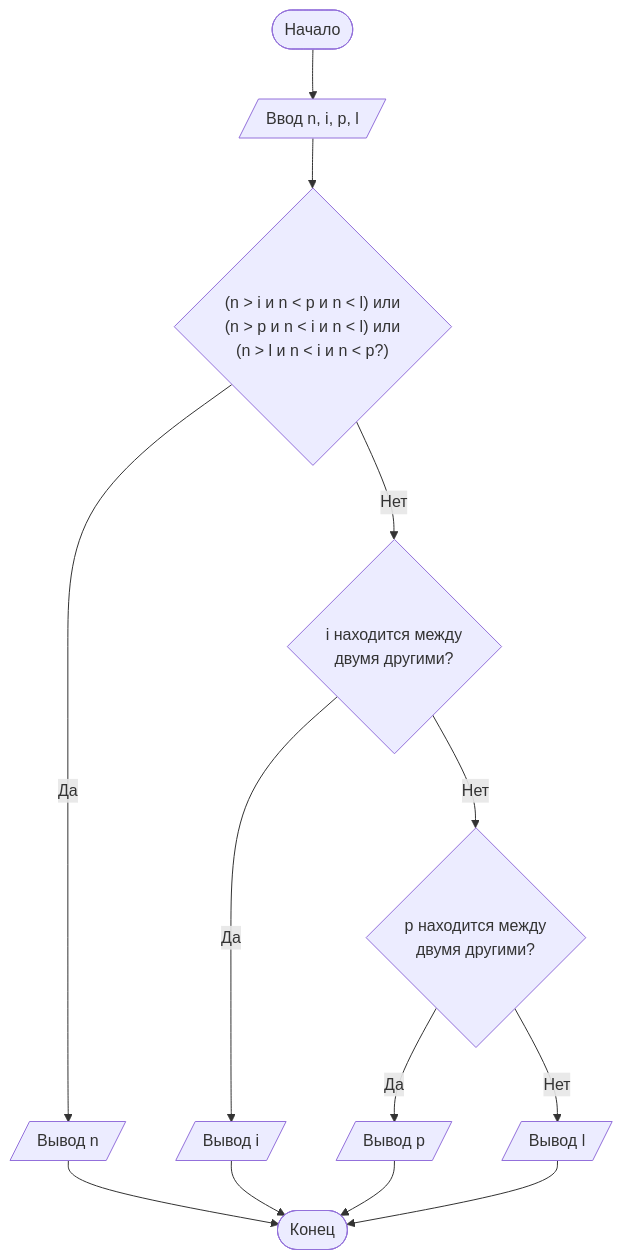
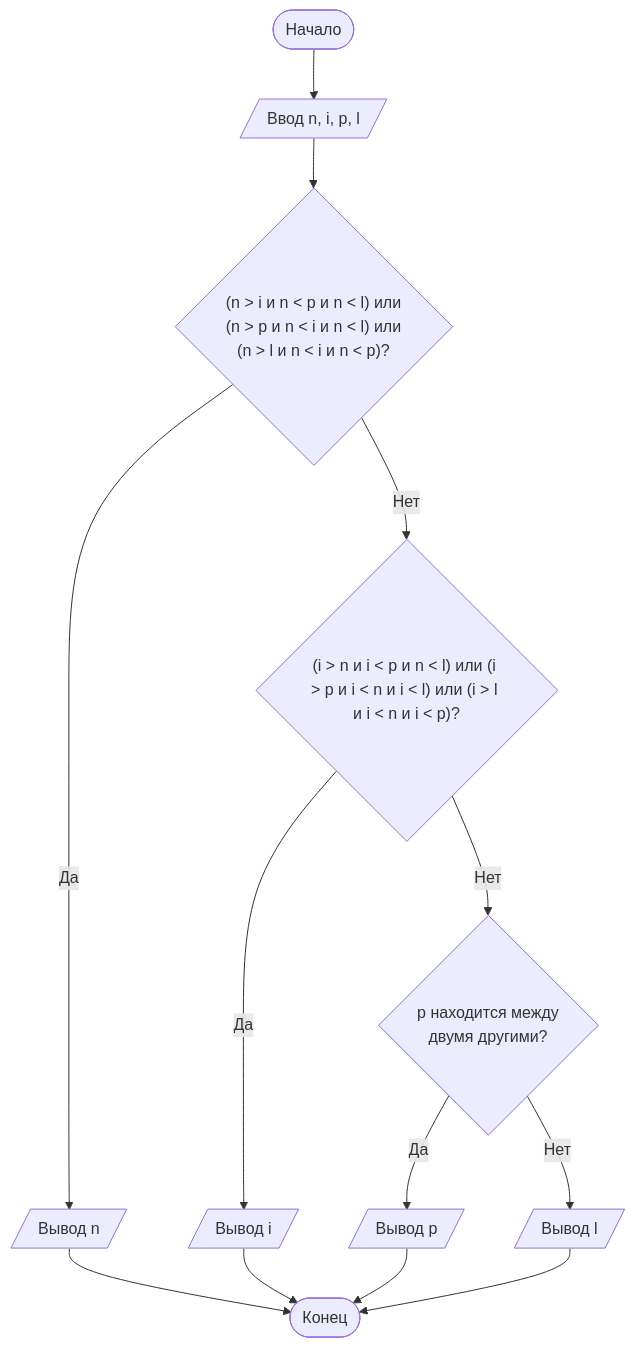
One commit to Fipip28/laboratornaya-rabota-1 changed the diagram in README.md. Above: the diagram before and after it, drawn with Mermaid.

````diff
--- a/README.md
+++ b/README.md
@@ -110,15 +110,15 @@
 ```mermaid
 graph TD
     A([Начало]) --> B[/Ввод n, i, p, l/]
-    B --> C{"(n > i и n < p и n < l) или <br/>(n > p и n < i и n < l) или <br/>(n > l и n < i и n < p?)"}
+    B --> C{"(n > i и n < p и n < l) или <br/>(n > p и n < i и n < l) или <br/>(n > l и n < i и n < p)?"}
     C -- Да --> D[/Вывод n/]
-    C -- Нет --> E{i находится между<br/>двумя другими?}
+    C -- Нет --> E{"(i > n и i < p и n < l) или (i > p и i < n и i < l) или (i > l и i < n и i < p)?"}
     E -- Да --> F[/Вывод i/]
     E -- Нет --> G{p находится между<br/>двумя другими?}
     G -- Да --> H[/Вывод p/]
     G -- Нет --> I[/Вывод l/]
     D --> J([Конец])
     F --> J
     H --> J
     I --> J
 ```
````
